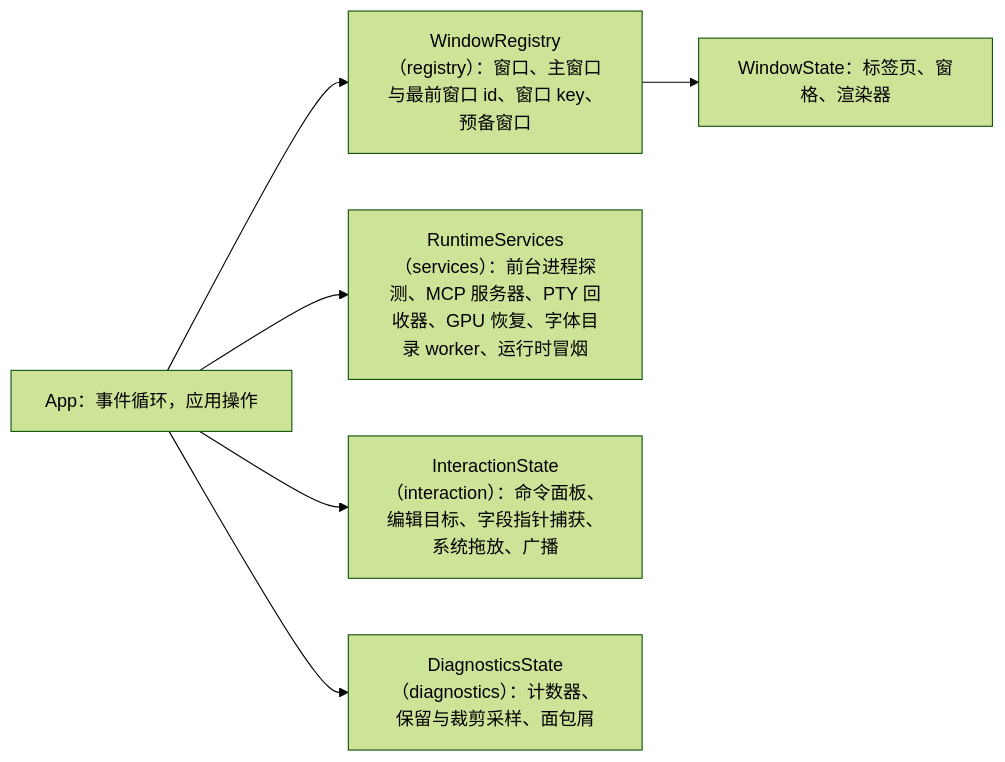
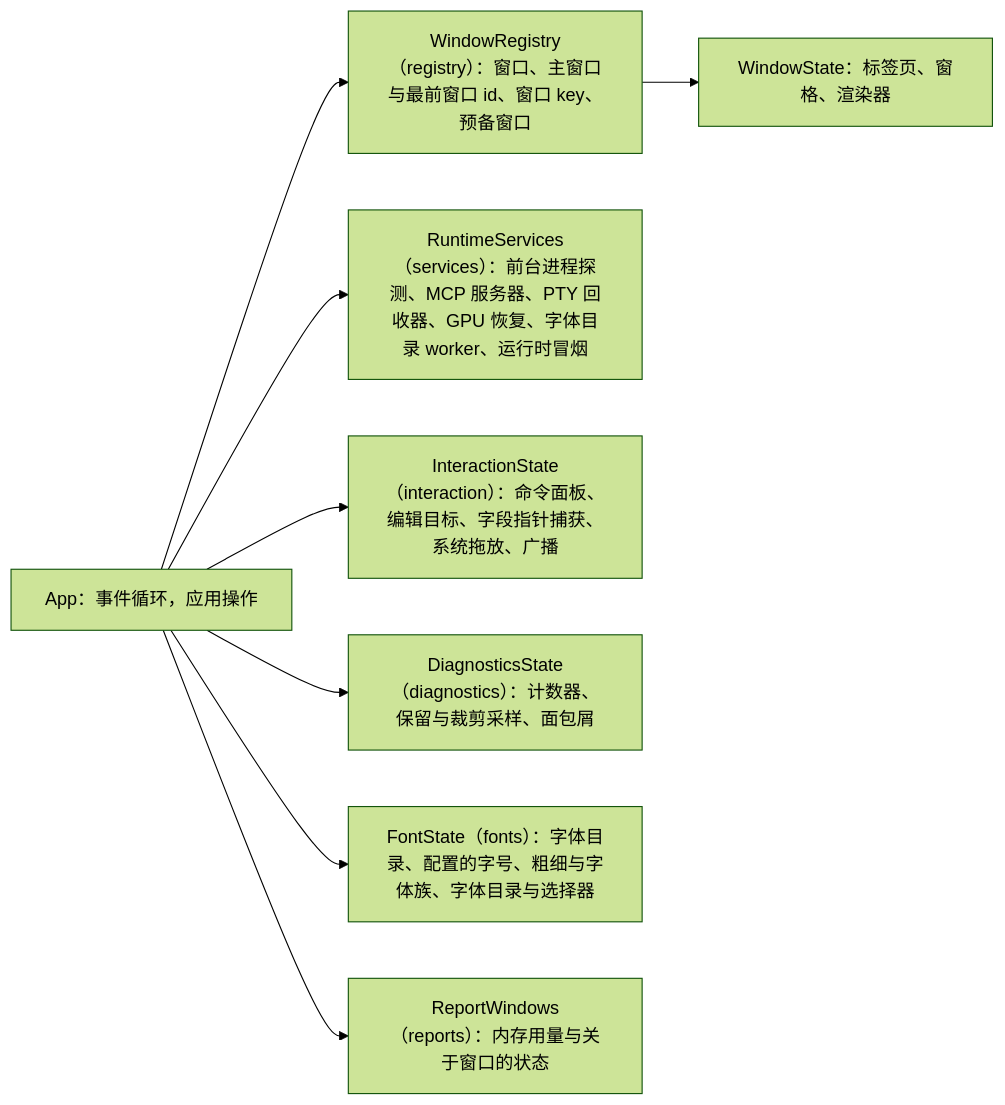
One commit to D0n9X1n/SonicTerm changed the second of 2 diagrams in wiki/Architecture-zh-CN.md. Above: the diagram before and after it, drawn with Mermaid (forest theme). The commit also changed other lines of this file and 225 other files, not shown here.

````diff
--- a/wiki/Architecture-zh-CN.md
+++ b/wiki/Architecture-zh-CN.md
@@ -66,9 +66,11 @@
 ```mermaid
 flowchart LR
   App["App：事件循环，应用操作"]
   App --> Reg["WindowRegistry（registry）：窗口、主窗口与最前窗口 id、窗口 key、预备窗口"]
   App --> Run["RuntimeServices（services）：前台进程探测、MCP 服务器、PTY 回收器、GPU 恢复、字体目录 worker、运行时冒烟"]
   App --> Int["InteractionState（interaction）：命令面板、编辑目标、字段指针捕获、系统拖放、广播"]
   App --> Diag["DiagnosticsState（diagnostics）：计数器、保留与裁剪采样、面包屑"]
+  App --> Fonts["FontState（fonts）：字体目录、配置的字号、粗细与字体族、字体目录与选择器"]
+  App --> Reports["ReportWindows（reports）：内存用量与关于窗口的状态"]
   Reg --> Win["WindowState：标签页、窗格、渲染器"]
 ```
````
